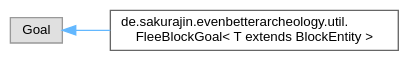
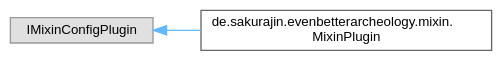
Before and after one commit to noah1510/EvenBetterArcheology: the diagram in inherit_graph_29.dot, drawn with Graphviz. The commit also changed 126 other files, not shown here.

```diff
--- a/inherit_graph_29.dot
+++ b/inherit_graph_29.dot
@@ -1,11 +1,11 @@
 digraph "Graphical Class Hierarchy"
 {
  // LATEX_PDF_SIZE
   bgcolor="transparent";
   edge [fontname=Helvetica,fontsize=10,labelfontname=Helvetica,labelfontsize=10];
   node [fontname=Helvetica,fontsize=10,shape=box,height=0.2,width=0.4];
   rankdir="LR";
-  Node0 [label="Goal",height=0.2,width=0.4,color="grey60", fillcolor="#E0E0E0", style="filled",tooltip=" "];
+  Node0 [label="IMixinConfigPlugin",height=0.2,width=0.4,color="grey60", fillcolor="#E0E0E0", style="filled",tooltip=" "];
   Node0 -> Node1 [dir="back",color="steelblue1",style="solid"];
-  Node1 [label="de.sakurajin.evenbetterarcheology.util.\lFleeBlockGoal\< T extends BlockEntity \>",height=0.2,width=0.4,color="grey40", fillcolor="white", style="filled",URL="$classde_1_1sakurajin_1_1evenbetterarcheology_1_1util_1_1FleeBlockGoal.html",tooltip=" "];
+  Node1 [label="de.sakurajin.evenbetterarcheology.mixin.\lMixinPlugin",height=0.2,width=0.4,color="grey40", fillcolor="white", style="filled",URL="$classde_1_1sakurajin_1_1evenbetterarcheology_1_1mixin_1_1MixinPlugin.html",tooltip=" "];
 }
```
